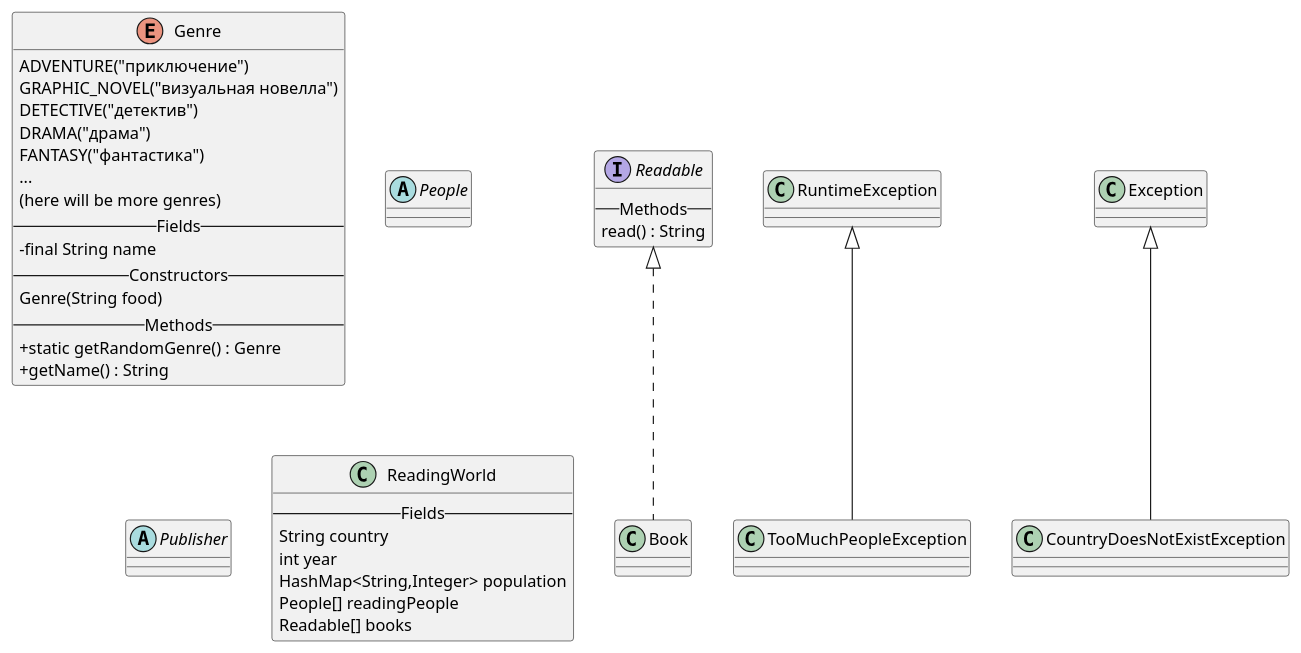
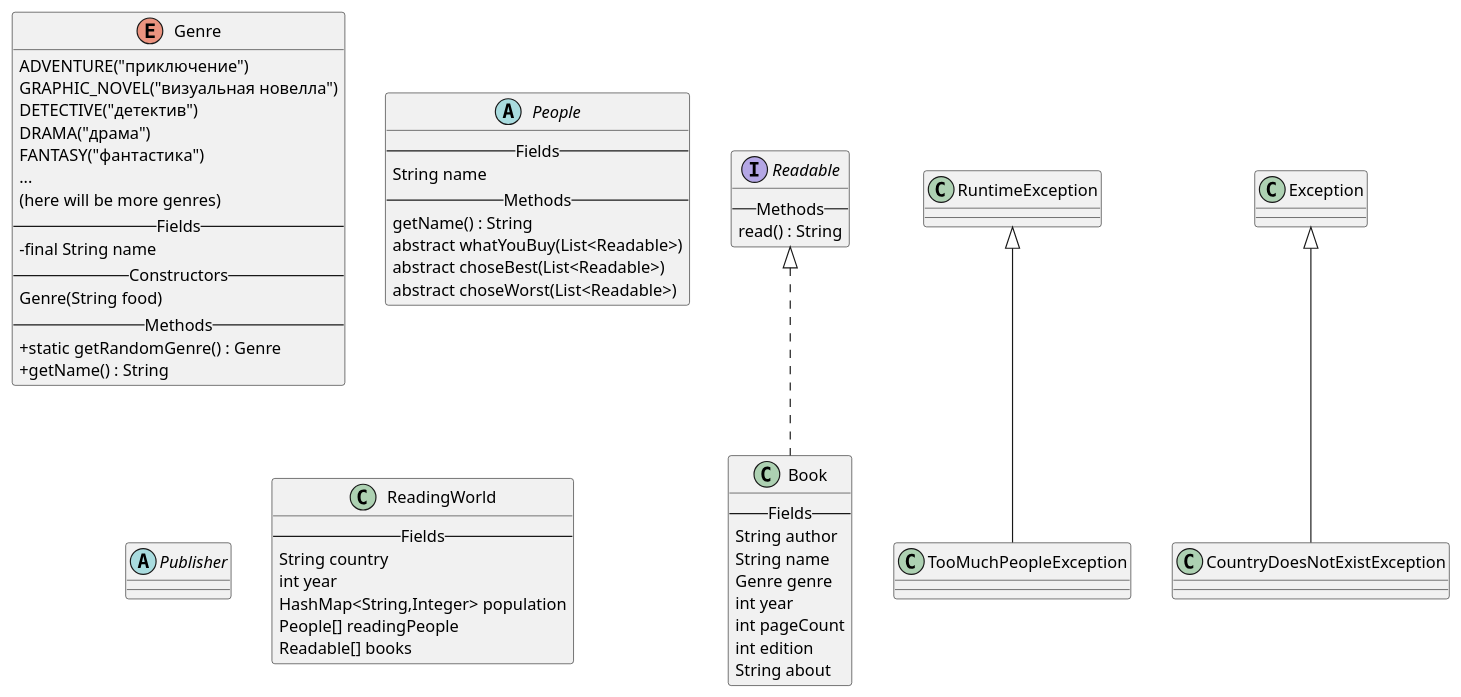
One commit to Andryss/TheBestRealizationLabWork4 changed the diagram in TheBestUML.puml. Above: the diagram before and after it, drawn with PlantUML. The commit also changed 1 other file, not shown here.

```diff
--- a/TheBestUML.puml
+++ b/TheBestUML.puml
@@ -1,66 +1,81 @@
 @startuml
 'Текст задания:
 '
 'Издательская компания «Эксмо» совместно с Hoff представила данные по
 'книжным предпочтениям россиян в 2021 году: абсолютным лидером продаж
 'стали книги (издание и переиздание) Михаила Лабковского «Хочу и буду»,
 'сообщили в пресс-службе.
 '
 'Книги психолога лидировали по продажам по всей стране: за год было
 'продано более 129 тыс. экземпляров первого издания и 34,5 тыс. второго.
 '
 'На втором месте по популярности у покупателей детектив «Внутри убийцы»
 'израильского писателя Майка Омера (более 92 тыс. экземпляров) про
 'криминального психолога-женщину, расследующую череду жестоких
 'преступлений. Тройку лидеров продаж замыкает роман «Transhumanism inc.»
 'Виктора Пелевина — новинка российского автора разошлась в количестве 71
 'тыс. экземпляров.
 
 skinparam classAttributeIconSize 0
 
 enum Genre {
 ADVENTURE("приключение")
 GRAPHIC_NOVEL("визуальная новелла")
 DETECTIVE("детектив")
 DRAMA("драма")
 FANTASY("фантастика")
 ...
 (here will be more genres)
 --Fields--
 - final String name
 --Constructors--
 Genre(String food)
 --Methods--
 + static getRandomGenre() : Genre
 + getName() : String
 }
 
 interface Readable {
 --Methods--
 read() : String
 }
 
 class Book implements Readable {
+--Fields--
+String author
+String name
+Genre genre
+int year
+int pageCount
+int edition
+String about
 }
 
 abstract class People {
+--Fields--
+String name
+--Methods--
+getName() : String
+abstract whatYouBuy(List<Readable>)
+abstract choseBest(List<Readable>)
+abstract choseWorst(List<Readable>)
 }
 
 abstract class Publisher {
 }
 
 class ReadingWorld {
 --Fields--
 String country
 int year
 HashMap<String,Integer> population
 People[] readingPeople
 Readable[] books
 }
 
 class TooMuchPeopleException extends RuntimeException {
 }
 
 class CountryDoesNotExistException extends Exception {
 }
 @enduml
```
